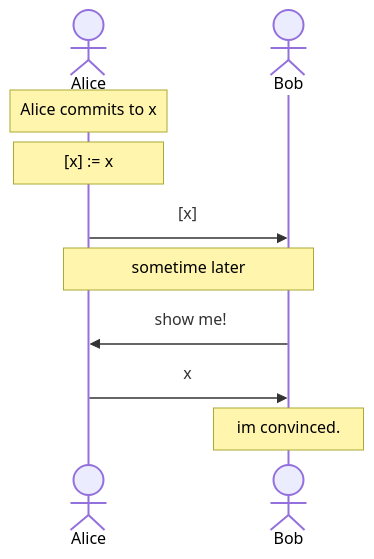
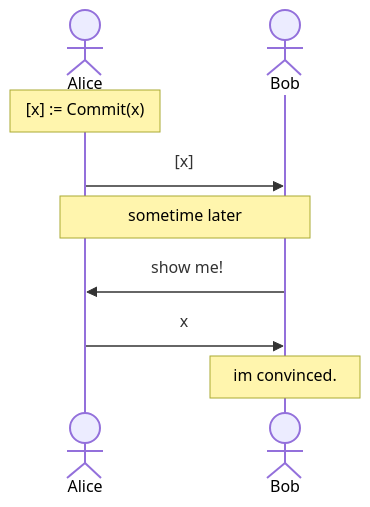
The diagram in book/src/preliminary/commitments.md (erhant/circom101), drawn with Mermaid before and after one commit. The commit also changed other lines of this file and 6 other files, not shown here.

````diff
--- a/book/src/preliminary/commitments.md
+++ b/book/src/preliminary/commitments.md
@@ -7,15 +7,14 @@
 ```mermaid
 sequenceDiagram
 	actor A as Alice
 	actor B as Bob
 
-	note over A: Alice commits to x
-  note over A: [x] := x
+  note over A: [x] := Commit(x)
   A ->> B: [x]
 
   note over A, B: sometime later
   B ->> A: show me!
   A ->> B: x
 
   note over B: im convinced.
 ```
````
